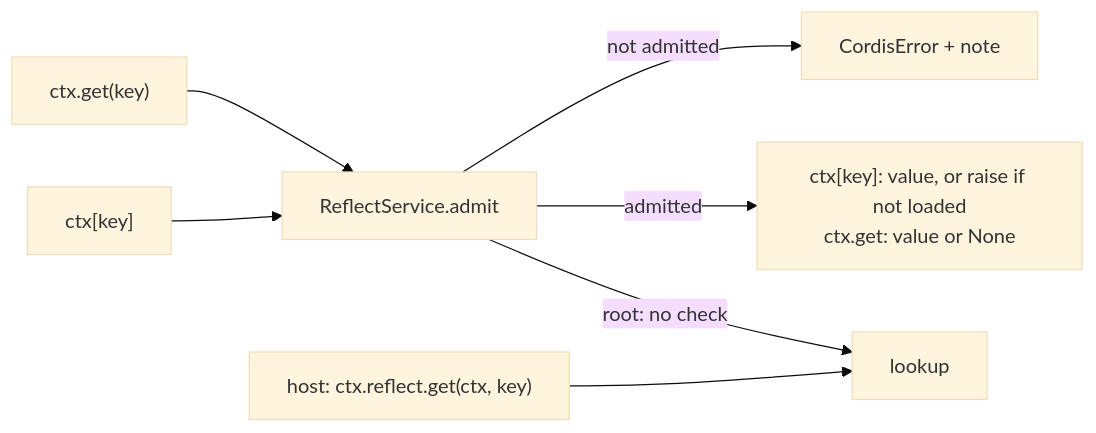
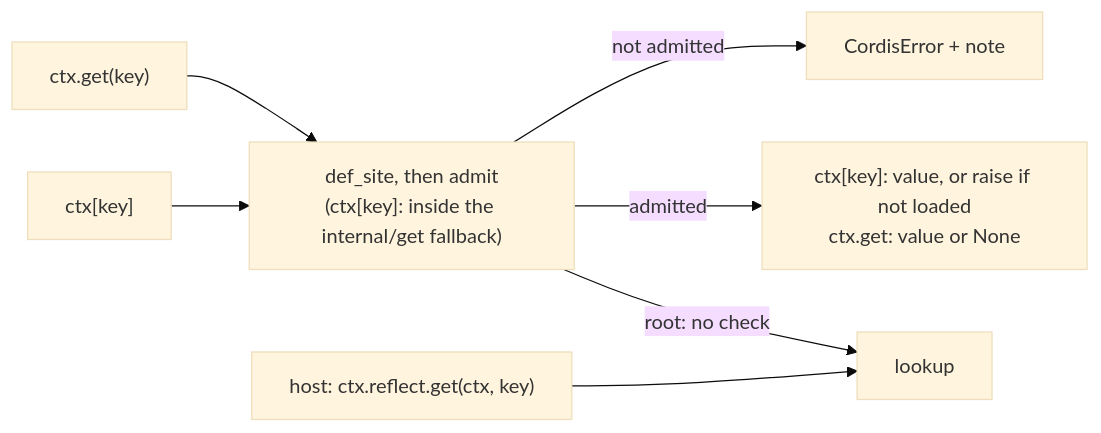
The diagram in docs/build_specs/checked_get.md (uclatommy/pycordis), drawn with Mermaid (base theme) before and after one commit. The commit also changed other lines of this file and 2 other files, not shown here.

First line of the commit message:
feat(reflect): give read admission one owner and add a hint to the inject error

````diff
--- a/docs/build_specs/checked_get.md
+++ b/docs/build_specs/checked_get.md
@@ -30,9 +44,9 @@
 ```mermaid
 flowchart LR
-    R["ctx[key]"] --> A["ReflectService.admit"]
+    R["ctx[key]"] --> A["def_site, then admit<br/>(ctx[key]: inside the internal/get fallback)"]
     G["ctx.get(key)"] --> A
     A -->|"root: no check"| L1["lookup"]
     A -->|"admitted"| L2["ctx[key]: value, or raise if not loaded<br/>ctx.get: value or None"]
     A -->|"not admitted"| E["CordisError + note"]
     H["host: ctx.reflect.get(ctx, key)"] --> L1
 ```
````
